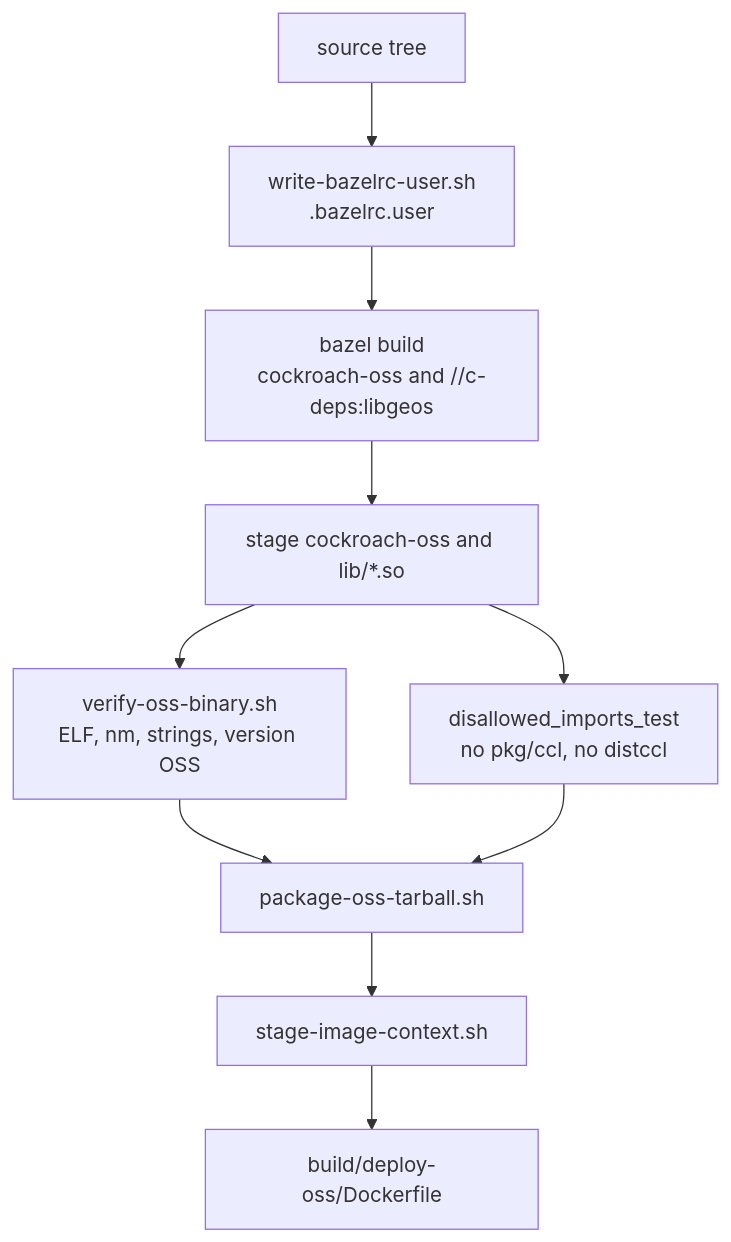
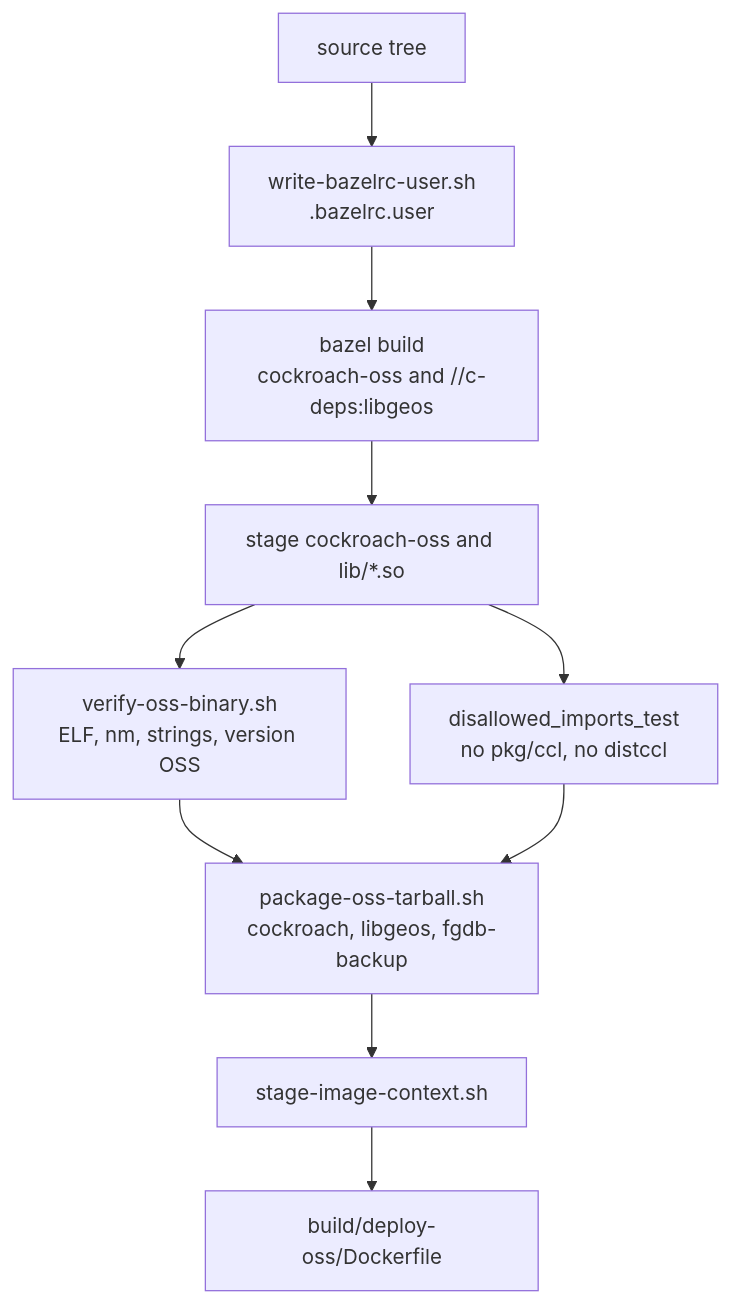
One commit to Future-Gadget-Laboratories/FutureGadgetDatabases changed the diagram in docs/fgdb/architecture/build.md. Above: the diagram before and after it, drawn with Mermaid. The commit also changed other lines of this file and 2 other files, not shown here.

````diff
--- a/docs/fgdb/architecture/build.md
+++ b/docs/fgdb/architecture/build.md
@@ -104,18 +109,18 @@
 ```mermaid
 flowchart TD
   src["source tree"]
   rc["write-bazelrc-user.sh<br/>.bazelrc.user"]
   bazel["bazel build<br/>cockroach-oss and //c-deps:libgeos"]
   stage["stage cockroach-oss and lib/*.so"]
   imports["disallowed_imports_test<br/>no pkg/ccl, no distccl"]
   verify["verify-oss-binary.sh<br/>ELF, nm, strings, version OSS"]
-  tar["package-oss-tarball.sh"]
+  tar["package-oss-tarball.sh<br/>cockroach, libgeos, fgdb-backup"]
   ctx["stage-image-context.sh"]
   img["build/deploy-oss/Dockerfile"]
 
   src --> rc --> bazel --> stage
   stage --> imports
   stage --> verify
   verify --> tar --> ctx --> img
   imports --> tar
 ```
````
